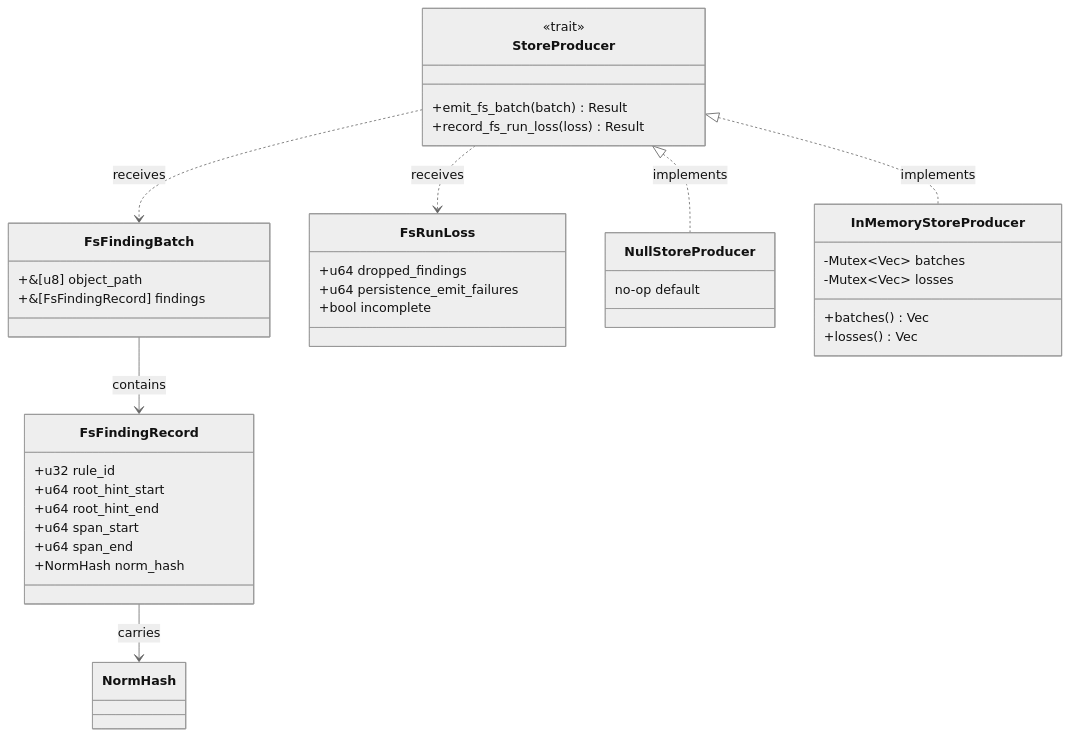
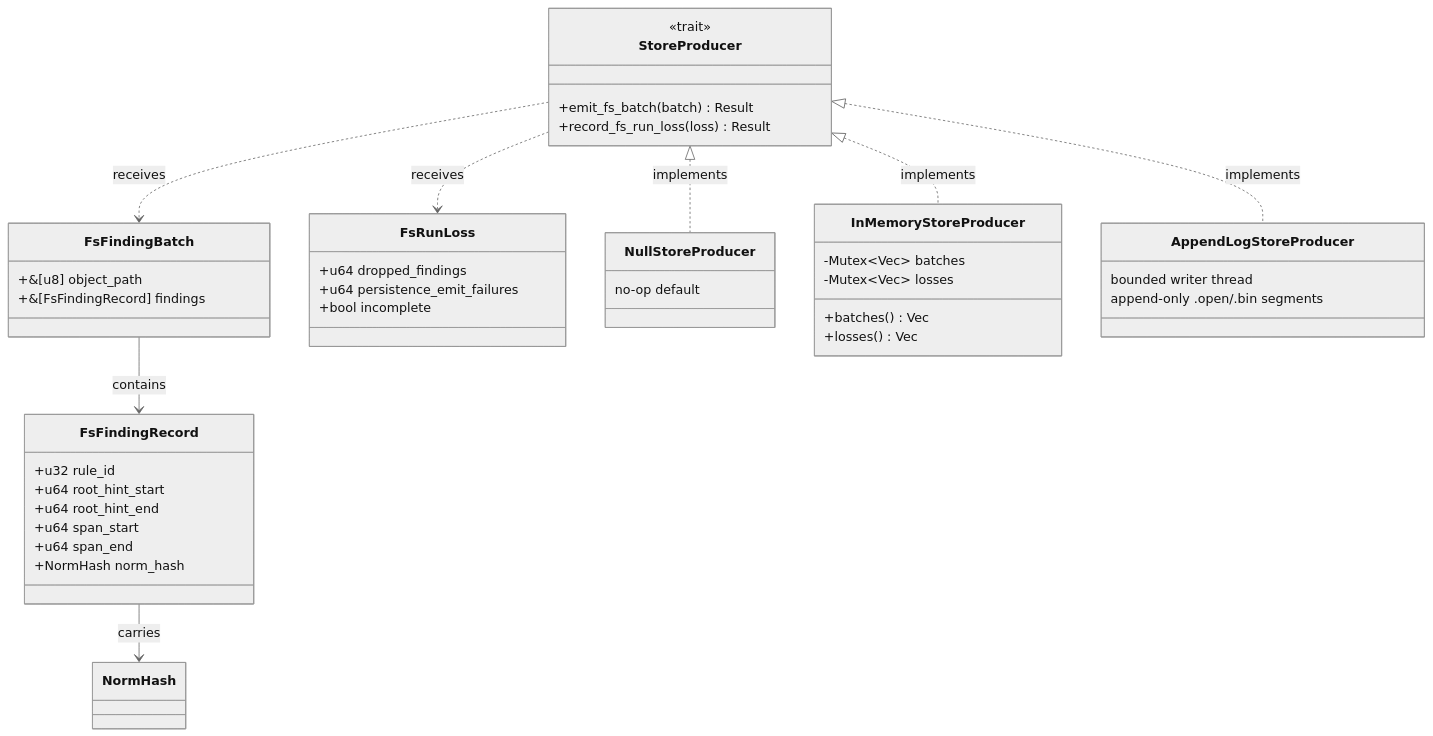
One commit to ahrav/scratch-scanner-rs changed the fifth of 6 diagrams in docs/data-types.md. Above: the diagram before and after it, drawn with Mermaid (neutral theme). The commit also changed other lines of this file and 15 other files, not shown here.

Commit message:
Implement Phase C append-only FS log writer

````diff
--- a/docs/data-types.md
+++ b/docs/data-types.md
@@ -388,48 +388,54 @@
 ```mermaid
 classDiagram
     direction TB
 
     class FsFindingRecord {
         +u32 rule_id
         +u64 root_hint_start
         +u64 root_hint_end
         +u64 span_start
         +u64 span_end
         +NormHash norm_hash
     }
 
     class FsFindingBatch {
         +&[u8] object_path
         +&[FsFindingRecord] findings
     }
 
     class FsRunLoss {
         +u64 dropped_findings
         +u64 persistence_emit_failures
         +bool incomplete
     }
 
     class StoreProducer {
         <<trait>>
         +emit_fs_batch(batch) Result
         +record_fs_run_loss(loss) Result
     }
 
     class NullStoreProducer {
         no-op default
     }
 
     class InMemoryStoreProducer {
         -Mutex~Vec~ batches
         -Mutex~Vec~ losses
         +batches() Vec
         +losses() Vec
     }
 
+    class AppendLogStoreProducer {
+        bounded writer thread
+        append-only .open/.bin segments
+    }
+
     FsFindingBatch --> FsFindingRecord : contains
     FsFindingRecord --> NormHash : carries
     StoreProducer <|.. NullStoreProducer : implements
     StoreProducer <|.. InMemoryStoreProducer : implements
+    StoreProducer <|.. AppendLogStoreProducer : implements
     StoreProducer ..> FsFindingBatch : receives
     StoreProducer ..> FsRunLoss : receives
 ```
````
